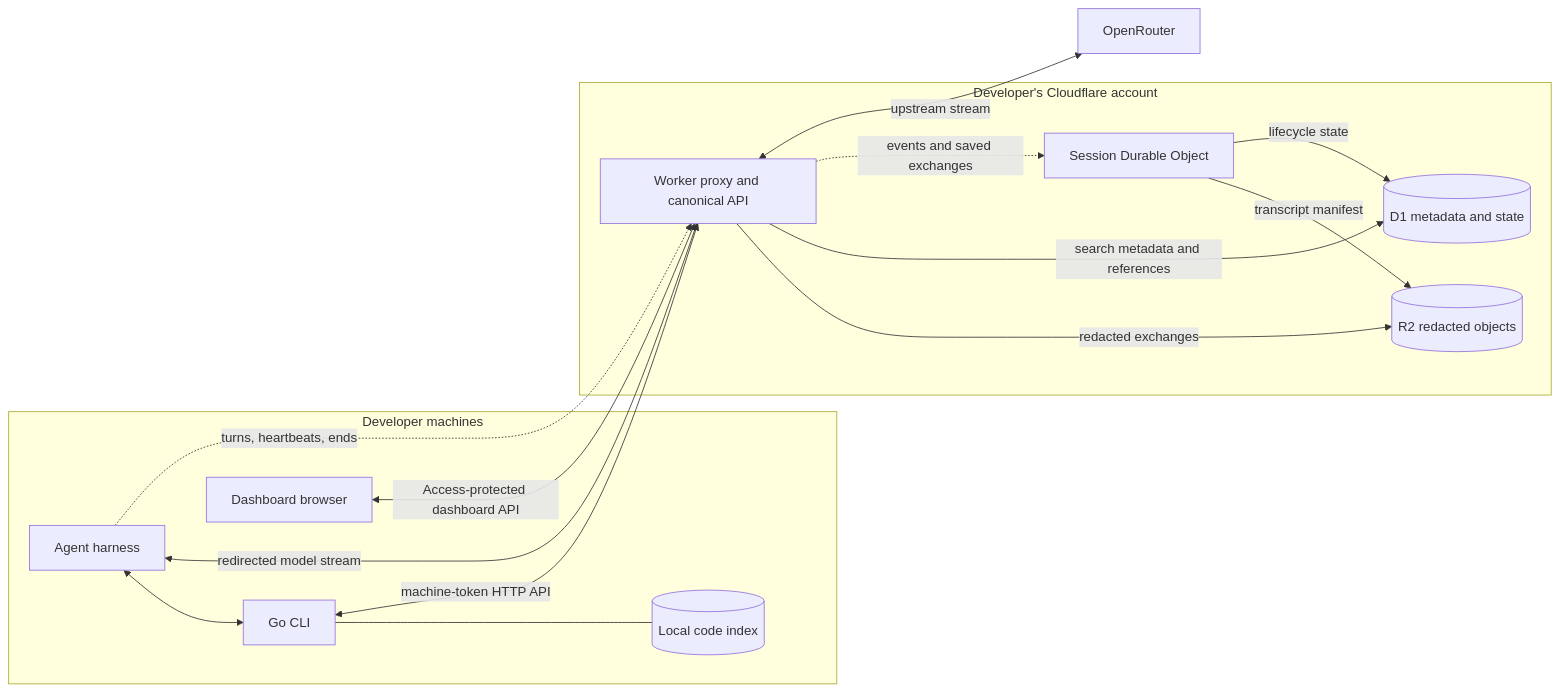
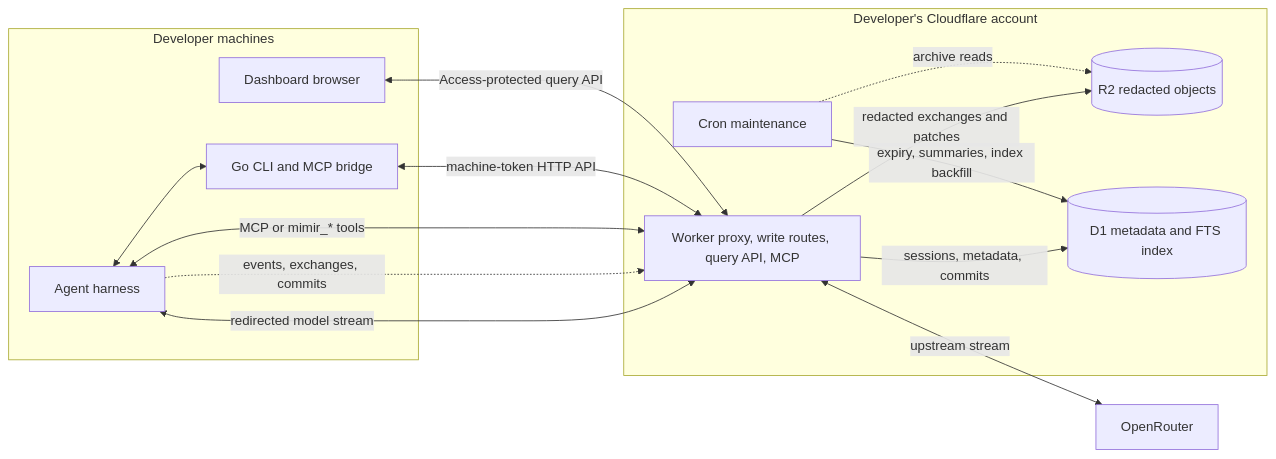
One commit to cloudboy-jh/Mimir changed the diagram in docs/Spec.md. Above: the diagram before and after it, drawn with Mermaid. The commit also changed other lines of this file and 355 other files, not shown here.

First line of the commit message:
feat!: agent-first query API and MCP, three-page dashboard

````diff
--- a/docs/Spec.md
+++ b/docs/Spec.md
@@ -43,32 +43,30 @@
 ```mermaid
 flowchart LR
     subgraph LOCAL[Developer machines]
         H[Agent harness]
-        C[Go CLI]
+        C[Go CLI and MCP bridge]
         B[Dashboard browser]
-        I[(Local code index)]
         H <--> C
-        C --- I
     end
 
     subgraph CF[Developer's Cloudflare account]
-        W[Worker proxy and canonical API]
-        S[Session Durable Object]
+        W[Worker proxy, write routes, query API, MCP]
+        K[Cron maintenance]
         R[(R2 redacted objects)]
-        D[(D1 metadata and state)]
+        D[(D1 metadata and FTS index)]
 
-        W -->|redacted exchanges| R
-        W -->|search metadata and references| D
-        W -.->|events and saved exchanges| S
-        S -->|transcript manifest| R
-        S -->|lifecycle state| D
+        W -->|redacted exchanges and patches| R
+        W -->|sessions, metadata, commits| D
+        K -->|expiry, summaries, index backfill| D
+        K -.->|archive reads| R
     end
 
     O[OpenRouter]
 
     H <-->|redirected model stream| W
-    H -.->|turns, heartbeats, ends| W
+    H -.->|events, exchanges, commits| W
+    H <-->|MCP or mimir_* tools| W
     C <-->|machine-token HTTP API| W
-    B <-->|Access-protected dashboard API| W
+    B <-->|Access-protected query API| W
     W <-->|upstream stream| O
 ```
````
